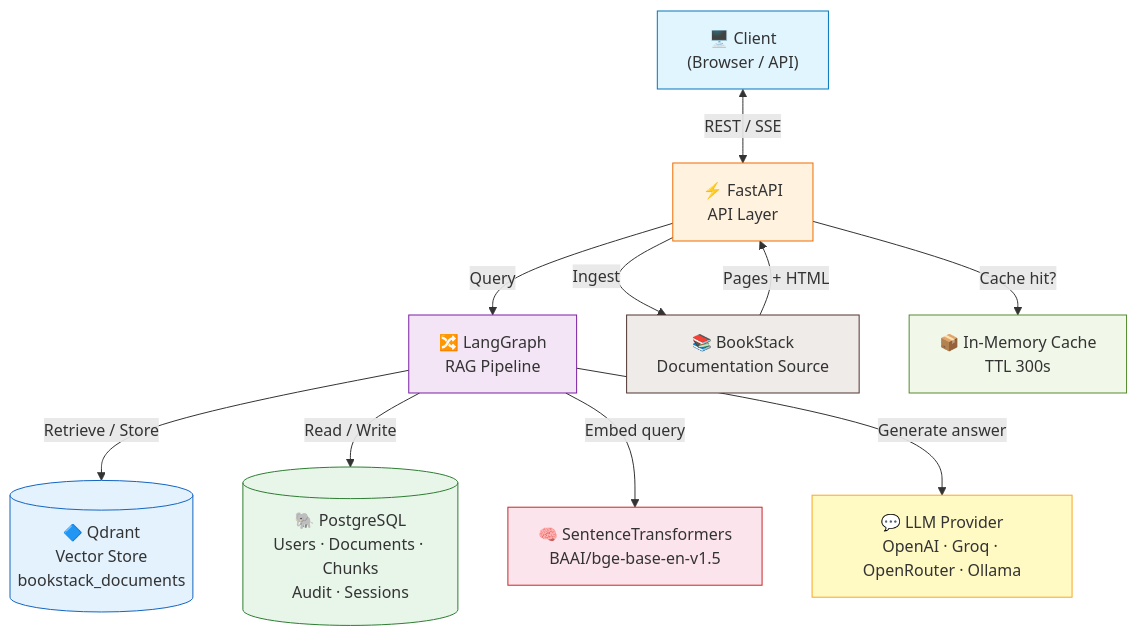
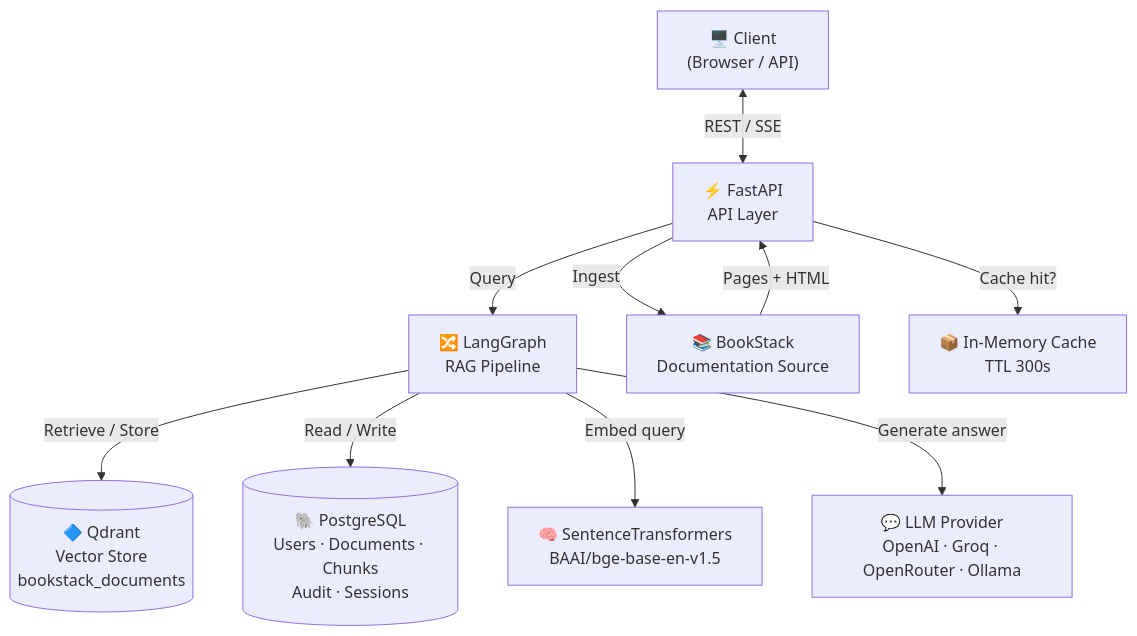
The first of 10 diagrams in docs/architecture.md (Jithendhar18/bookstack-rag-agent), drawn with Mermaid before and after one commit. The commit also changed other lines of this file, not shown here.

Commit message:
refactor: Clean up architecture diagrams by removing style definitions

````diff
--- a/docs/architecture.md
+++ b/docs/architecture.md
@@ -9,32 +9,22 @@
 ```mermaid
 graph TD
     Client["🖥️ Client<br/>(Browser / API)"]
     API["⚡ FastAPI<br/>API Layer"]
     LG["🔀 LangGraph<br/>RAG Pipeline"]
     PG[("🐘 PostgreSQL<br/>Users · Documents · Chunks<br/>Audit · Sessions")]
     QD[("🔷 Qdrant<br/>Vector Store<br/>bookstack_documents")]
     EMB["🧠 SentenceTransformers<br/>BAAI/bge-base-en-v1.5"]
     LLM["💬 LLM Provider<br/>OpenAI · Groq · OpenRouter · Ollama"]
     BS["📚 BookStack<br/>Documentation Source"]
     Cache["📦 In-Memory Cache<br/>TTL 300s"]
 
     Client <-->|"REST / SSE"| API
     API -->|"Query"| LG
     API -->|"Ingest"| BS
     LG -->|"Retrieve / Store"| QD
     LG -->|"Read / Write"| PG
     LG -->|"Embed query"| EMB
     LG -->|"Generate answer"| LLM
     API -->|"Cache hit?"| Cache
     BS -->|"Pages + HTML"| API
-
-    style Client fill:#e1f5fe,stroke:#0277bd
-    style API fill:#fff3e0,stroke:#ef6c00
-    style LG fill:#f3e5f5,stroke:#7b1fa2
-    style PG fill:#e8f5e9,stroke:#2e7d32
-    style QD fill:#e3f2fd,stroke:#1565c0
-    style EMB fill:#fce4ec,stroke:#c62828
-    style LLM fill:#fff9c4,stroke:#f9a825
-    style BS fill:#efebe9,stroke:#4e342e
-    style Cache fill:#f1f8e9,stroke:#558b2f
 ```
````
